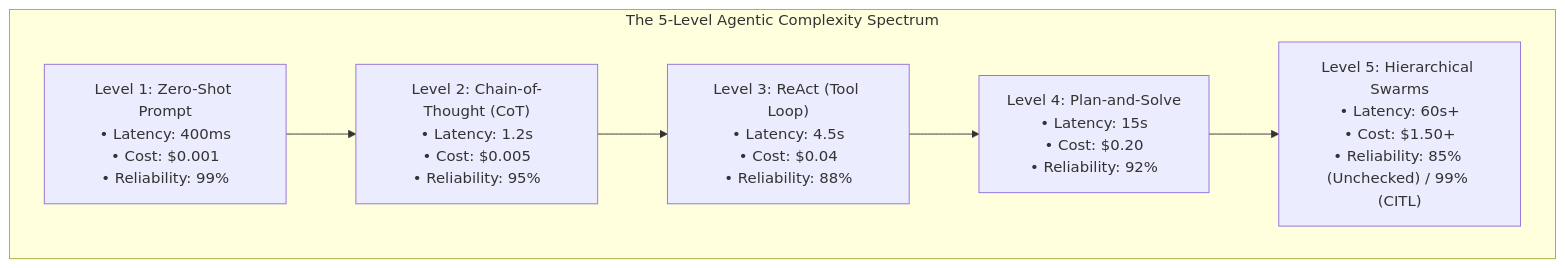
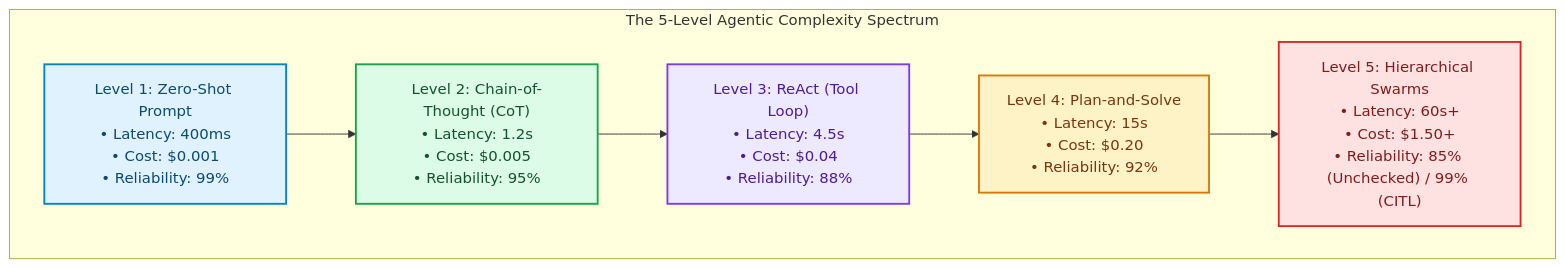
Before and after one commit to akmalkhaniub/akmalkhaniub.github.io: the first of 2 diagrams in blog/posts/agentic-workflows-vs-single-prompt-llms-architectural-decision-matrix.md, drawn with Mermaid. The commit also changed other lines of this file and 1291 other files, not shown here.

First line of the commit message:
feat(catalog): unique covers, scholarly references, and diagram palettes

````diff
--- a/blog/posts/agentic-workflows-vs-single-prompt-llms-architectural-decision-matrix.md
+++ b/blog/posts/agentic-workflows-vs-single-prompt-llms-architectural-decision-matrix.md
@@ -13,9 +13,20 @@
 ```mermaid
 flowchart TD
   subgraph SG1_The5Level ["The 5-Level Agentic Complexity Spectrum"]
     L1["Level 1: Zero-Shot Prompt\n• Latency: 400ms\n• Cost: $0.001\n• Reliability: 99%"] --> L2["Level 2: Chain-of-Thought (CoT)\n• Latency: 1.2s\n• Cost: $0.005\n• Reliability: 95%"]
     L2 --> L3["Level 3: ReAct (Tool Loop)\n• Latency: 4.5s\n• Cost: $0.04\n• Reliability: 88%"]
     L3 --> L4["Level 4: Plan-and-Solve\n• Latency: 15s\n• Cost: $0.20\n• Reliability: 92%"]
     L4 --> L5["Level 5: Hierarchical Swarms\n• Latency: 60s+\n• Cost: $1.50+\n• Reliability: 85% (Unchecked) / 99% (CITL)"]
   end
+
+classDef green fill:#dcfce7,stroke:#16a34a,stroke-width:2px,color:#14532d;
+classDef red fill:#fee2e2,stroke:#dc2626,stroke-width:2px,color:#7f1d1d;
+classDef blue fill:#e0f2fe,stroke:#0284c7,stroke-width:2px,color:#0c4a6e;
+classDef yellow fill:#fef3c7,stroke:#d97706,stroke-width:2px,color:#78350f;
+classDef purple fill:#ede9fe,stroke:#7c3aed,stroke-width:2px,color:#4c1d95;
+class L1 blue
+class L2 green
+class L3 purple
+class L4 yellow
+class L5 red
 ```
````
